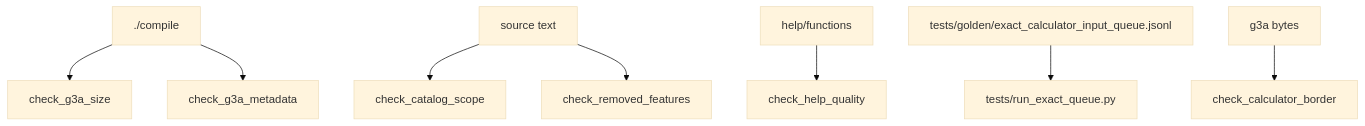
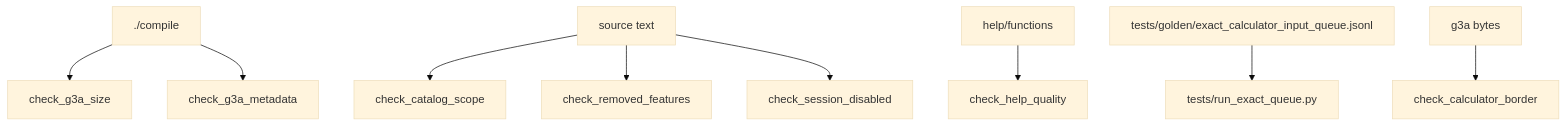
One commit to james8464/notes-addin-casio-fx-cg50 changed the sixth of 6 diagrams in docs/GRAPH.md. Above: the diagram before and after it, drawn with Mermaid (base theme). The commit also changed other lines of this file and 37 other files, not shown here.

````diff
--- a/docs/GRAPH.md
+++ b/docs/GRAPH.md
@@ -63,10 +76,11 @@
 ```mermaid
 graph TD
   Build["./compile"] --> Size["check_g3a_size"]
   Build --> Meta["check_g3a_metadata"]
   Source["source text"] --> Catalog["check_catalog_scope"]
   Source --> Removed["check_removed_features"]
+  Source --> Session["check_session_disabled"]
   Help["help/functions"] --> HelpQ["check_help_quality"]
   Queue["tests/golden/exact_calculator_input_queue.jsonl"] --> Exact["tests/run_exact_queue.py"]
   UI["g3a bytes"] --> Border["check_calculator_border"]
 ```
````
